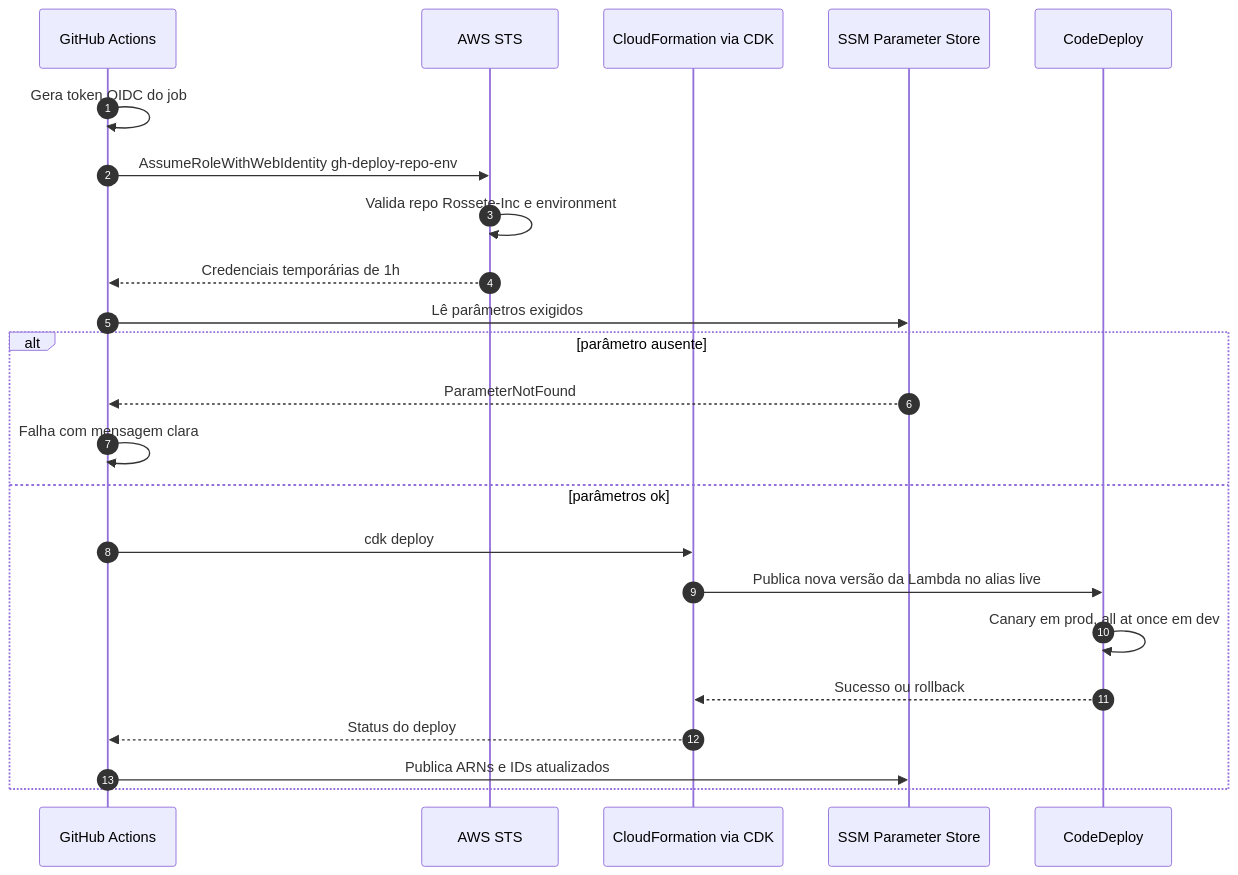
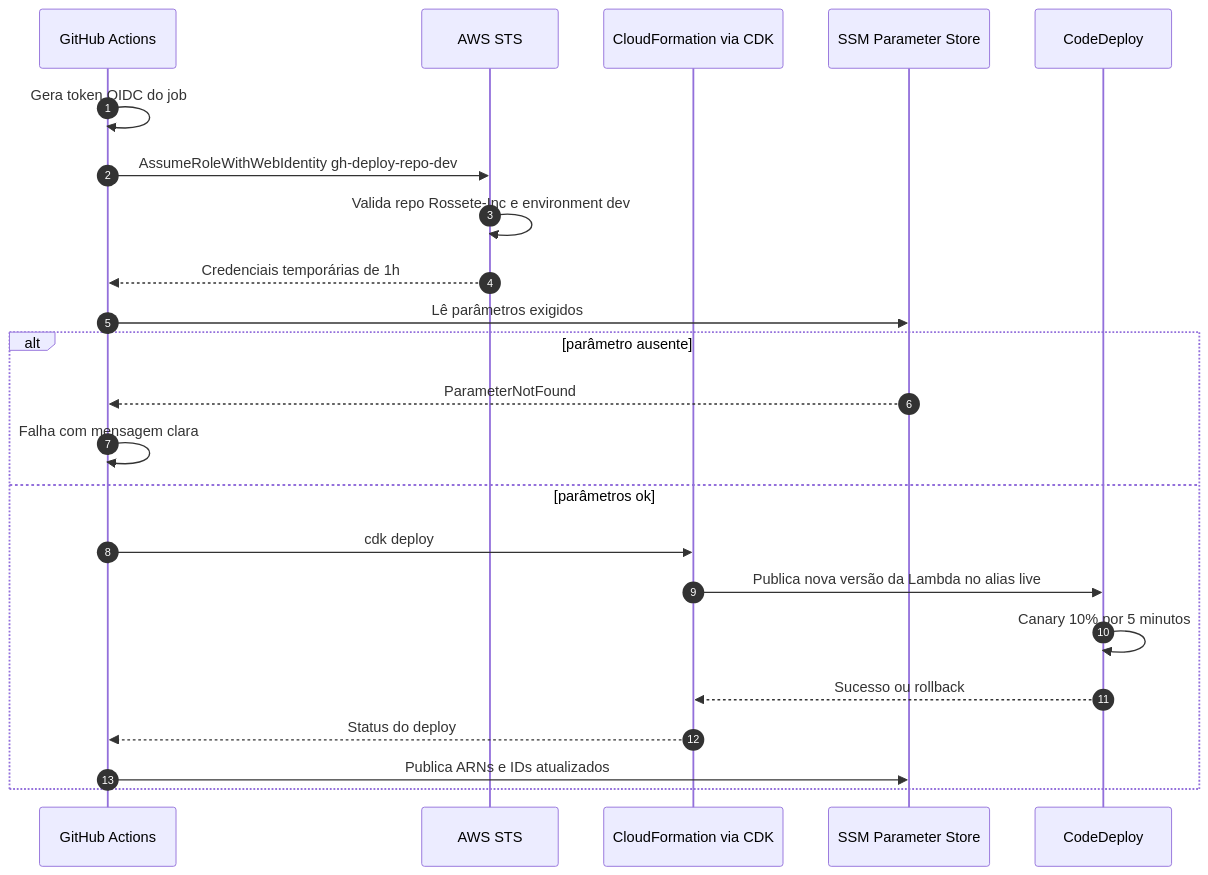
Diagram 13 of 13 in docs/diagramas.md (Rossete-Inc/gestor-gastos-infra-base), drawn with Mermaid before and after one commit. The commit also changed other lines of this file and 13 other files, not shown here.

First line of the commit message:
chore: ambiente único (dev) na AWS e role só leitura para o cdk diff

````diff
--- a/docs/diagramas.md
+++ b/docs/diagramas.md
@@ -396,26 +393,26 @@
 ```mermaid
 sequenceDiagram
     autonumber
     participant GH as GitHub Actions
     participant STS as AWS STS
     participant CFN as CloudFormation via CDK
     participant SSM as SSM Parameter Store
     participant CD as CodeDeploy
 
     GH->>GH: Gera token OIDC do job
-    GH->>STS: AssumeRoleWithWebIdentity gh-deploy-repo-env
-    STS->>STS: Valida repo Rossete-Inc e environment
+    GH->>STS: AssumeRoleWithWebIdentity gh-deploy-repo-dev
+    STS->>STS: Valida repo Rossete-Inc e environment dev
     STS-->>GH: Credenciais temporárias de 1h
     GH->>SSM: Lê parâmetros exigidos
     alt parâmetro ausente
         SSM-->>GH: ParameterNotFound
         GH->>GH: Falha com mensagem clara
     else parâmetros ok
         GH->>CFN: cdk deploy
         CFN->>CD: Publica nova versão da Lambda no alias live
-        CD->>CD: Canary em prod, all at once em dev
+        CD->>CD: Canary 10% por 5 minutos
         CD-->>CFN: Sucesso ou rollback
         CFN-->>GH: Status do deploy
         GH->>SSM: Publica ARNs e IDs atualizados
     end
 ```
````
